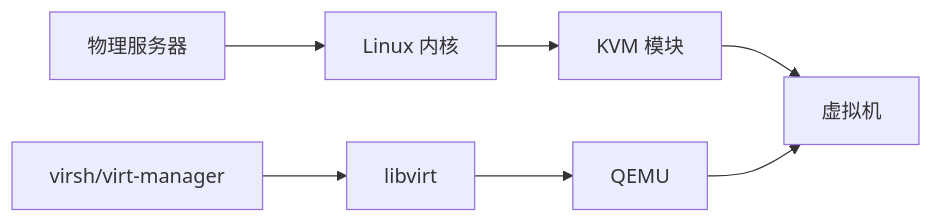
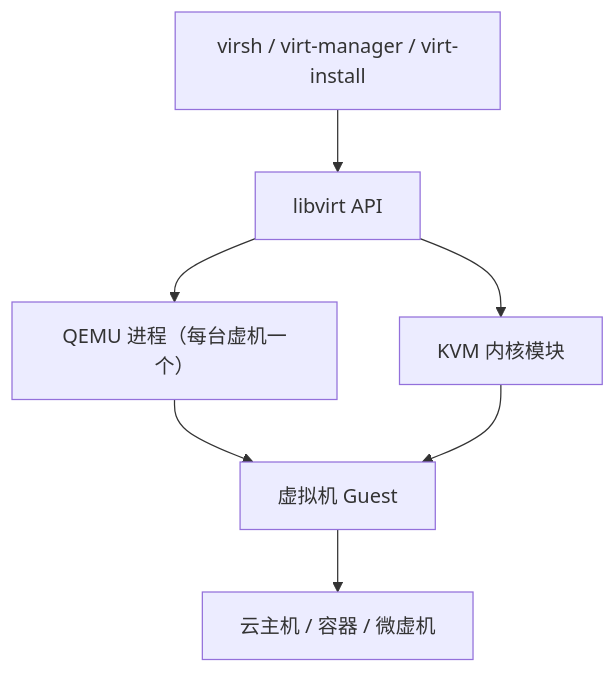
One commit to before80/prgms changed the sixth of 6 diagrams in content/linux/cloud_cal/Chapter-69-KVM-QEMU.md. Above: the diagram before and after it, drawn with Mermaid. The commit also changed other lines of this file and 1645 other files, not shown here.

````diff
--- a/content/linux/cloud_cal/Chapter-69-KVM-QEMU.md
+++ b/content/linux/cloud_cal/Chapter-69-KVM-QEMU.md
@@ -674,9 +1018,9 @@
 ```mermaid
-graph LR
-    A[物理服务器] --> B[Linux 内核]
-    B --> C[KVM 模块]
-    C --> D[虚拟机]
-    E[QEMU] --> D
-    F[libvirt] --> E
-    G[virsh/virt-manager] --> F
+graph TB
+    G["virsh / virt-manager / virt-install"] --> F["libvirt API"]
+    F --> E["QEMU 进程（每台虚机一个）"]
+    F --> C["KVM 内核模块"]
+    E --> D["虚拟机 Guest"]
+    C --> D
+    D --> H["云主机 / 容器 / 微虚机"]
 ```
````
